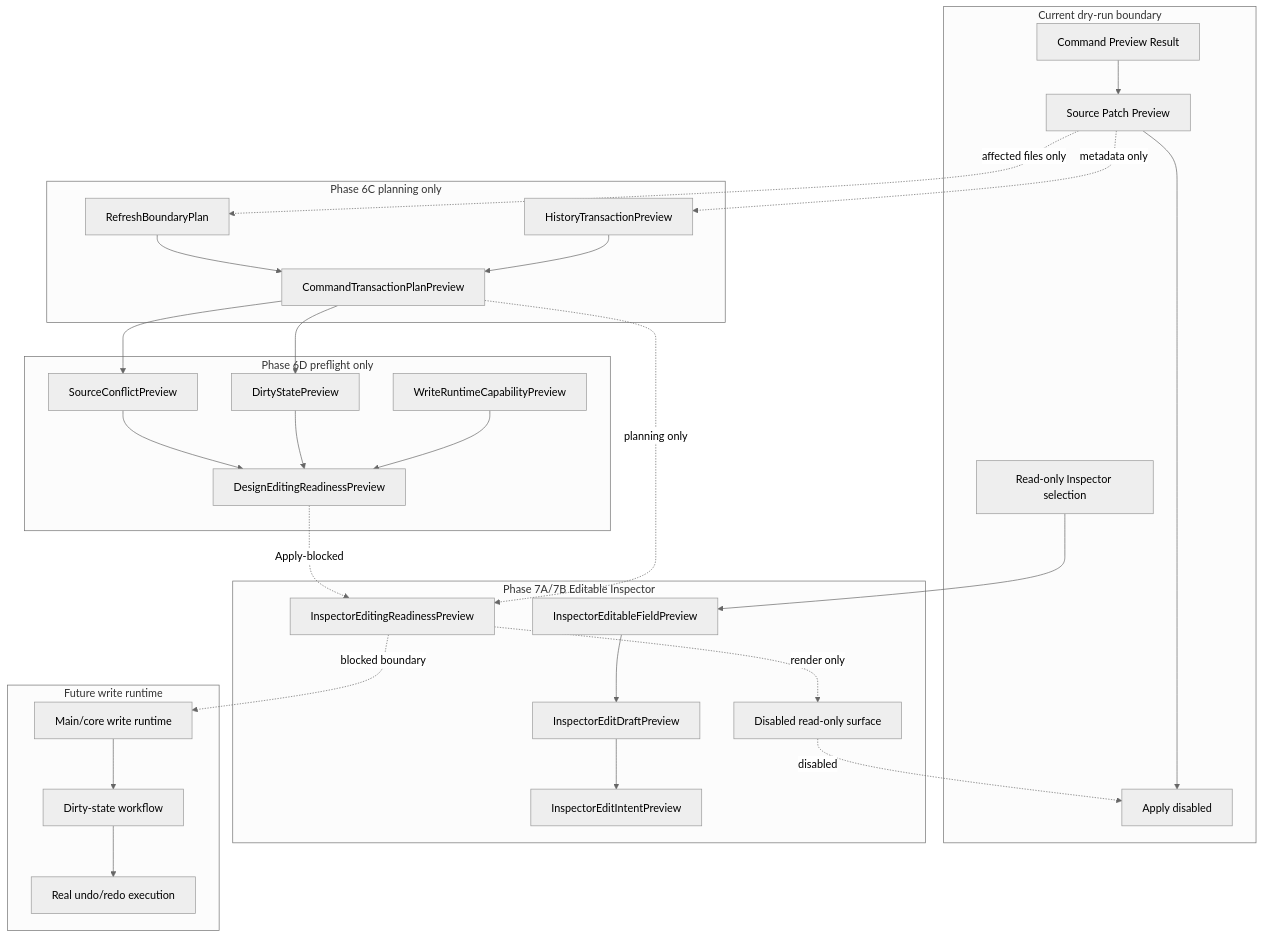
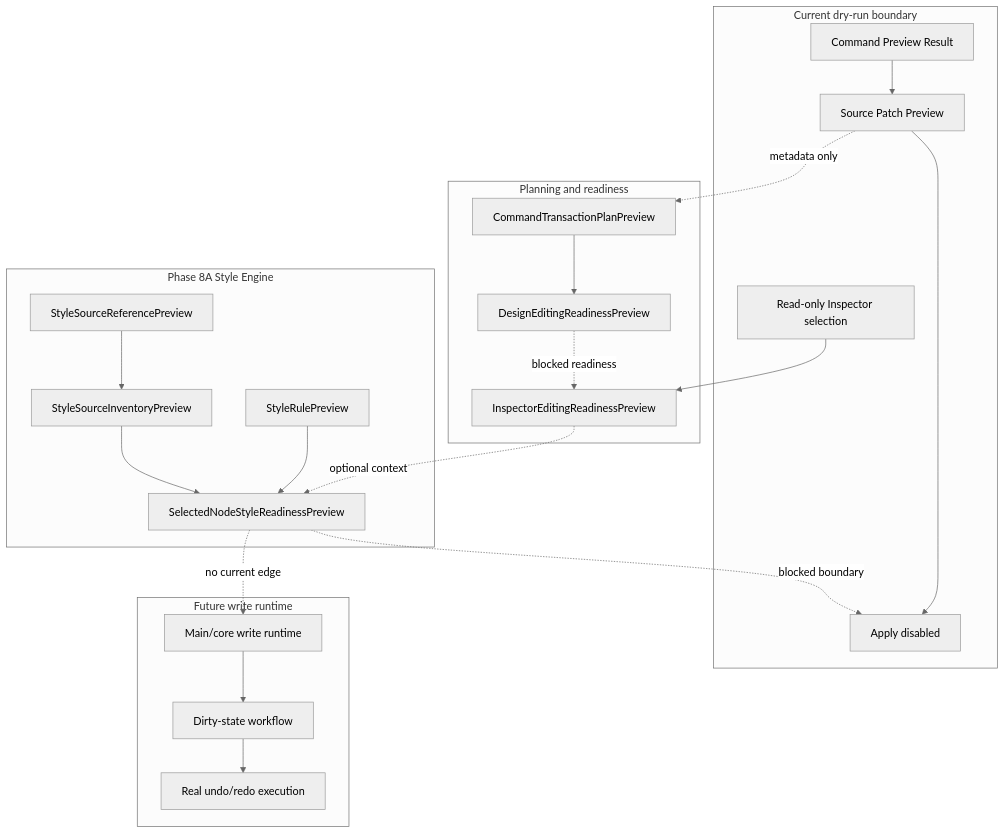
The diagram in docs/architecture/flows/future-write-flow.md (krestosa/Crystal), drawn with Mermaid (neutral theme) before and after one commit. The commit also changed other lines of this file, not shown here.

Commit message:
Document style engine source inventory foundation

````diff
--- a/docs/architecture/flows/future-write-flow.md
+++ b/docs/architecture/flows/future-write-flow.md
@@ -97,54 +76,41 @@
 ```mermaid
 flowchart TD
   subgraph Current[Current dry-run boundary]
     CommandPreview[Command Preview Result]
     PatchPreview[Source Patch Preview]
     ApplyDisabled[Apply disabled]
     InspectorSelection[Read-only Inspector selection]
   end
 
-  subgraph Phase6C[Phase 6C planning only]
-    HistoryPreview[HistoryTransactionPreview]
-    RefreshPlan[RefreshBoundaryPlan]
+  subgraph Readiness[Planning and readiness]
     TransactionPlan[CommandTransactionPlanPreview]
+    DesignReady[DesignEditingReadinessPreview]
+    InspectorReady[InspectorEditingReadinessPreview]
   end
 
-  subgraph Phase6D[Phase 6D preflight only]
-    Dirty[DirtyStatePreview]
-    Conflict[SourceConflictPreview]
-    Runtime[WriteRuntimeCapabilityPreview]
-    Readiness[DesignEditingReadinessPreview]
-  end
-
-  subgraph Phase7[Phase 7A/7B Editable Inspector]
-    Field[InspectorEditableFieldPreview]
-    Draft[InspectorEditDraftPreview]
-    Intent[InspectorEditIntentPreview]
-    InspectorReady[InspectorEditingReadinessPreview]
-    Surface[Disabled read-only surface]
+  subgraph Style8A[Phase 8A Style Engine]
+    SourceRefs[StyleSourceReferencePreview]
+    Inventory[StyleSourceInventoryPreview]
+    RulePreview[StyleRulePreview]
+    StyleReady[SelectedNodeStyleReadinessPreview]
   end
 
   subgraph Future[Future write runtime]
     WriteRuntime[Main/core write runtime]
     DirtyState[Dirty-state workflow]
     RealHistory[Real undo/redo execution]
   end
 
   CommandPreview --> PatchPreview --> ApplyDisabled
-  PatchPreview -. metadata only .-> HistoryPreview
-  PatchPreview -. affected files only .-> RefreshPlan
-  HistoryPreview --> TransactionPlan
-  RefreshPlan --> TransactionPlan
-  TransactionPlan --> Dirty
-  TransactionPlan --> Conflict
-  Runtime --> Readiness
-  Dirty --> Readiness
-  Conflict --> Readiness
-  InspectorSelection --> Field --> Draft --> Intent
-  TransactionPlan -. planning only .-> InspectorReady
-  Readiness -. Apply-blocked .-> InspectorReady
-  InspectorReady -. render only .-> Surface
-  Surface -. disabled .-> ApplyDisabled
-  InspectorReady -. blocked boundary .-> WriteRuntime
+  PatchPreview -. metadata only .-> TransactionPlan
+  TransactionPlan --> DesignReady
+  InspectorSelection --> InspectorReady
+  SourceRefs --> Inventory
+  RulePreview --> StyleReady
+  Inventory --> StyleReady
+  DesignReady -. blocked readiness .-> InspectorReady
+  InspectorReady -. optional context .-> StyleReady
+  StyleReady -. blocked boundary .-> ApplyDisabled
+  StyleReady -. no current edge .-> WriteRuntime
   WriteRuntime --> DirtyState --> RealHistory
 ```
````
